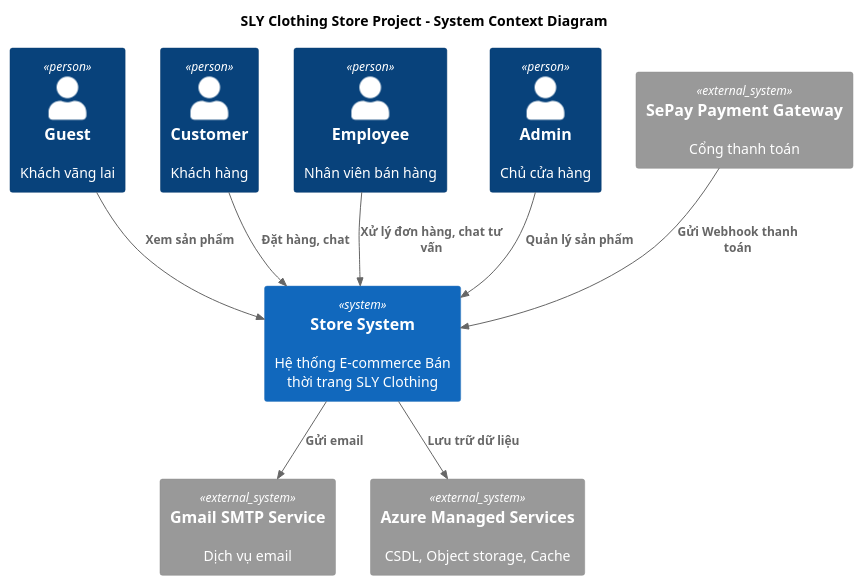
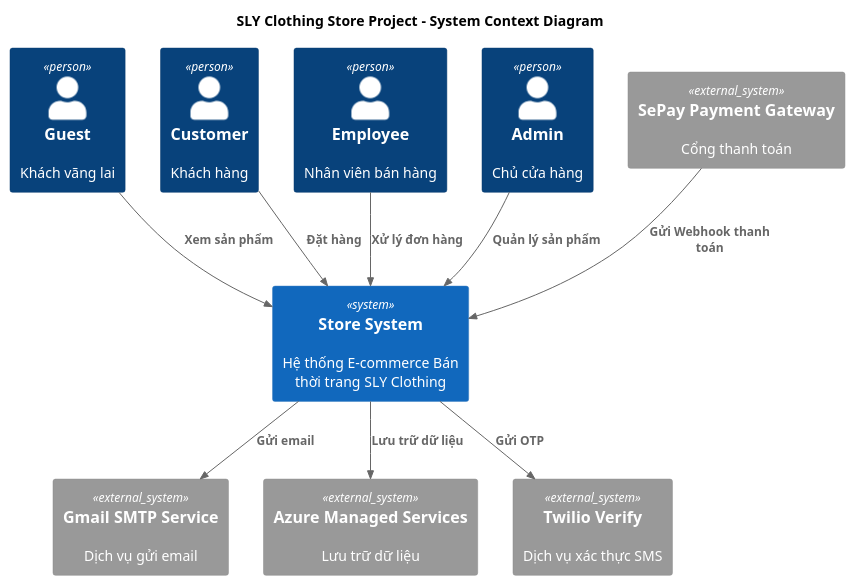
The diagram in docs/C4Model-System-Context.puml (ptus04/store-project), drawn with PlantUML before and after one commit. The commit also changed 5 other files, not shown here.

```diff
--- a/docs/C4Model-System-Context.puml
+++ b/docs/C4Model-System-Context.puml
@@ -1,21 +1,23 @@
 @startuml
 !include <C4/C4_Container>
 title SLY Clothing Store Project - System Context Diagram
 Person(guest, "Guest", "Khách vãng lai")
 Person(customer, "Customer", "Khách hàng")
 Person(employee, "Employee", "Nhân viên bán hàng")
 Person(admin, "Admin", "Chủ cửa hàng")
 
 System(storeSystem, "Store System", "Hệ thống E-commerce Bán thời trang SLY Clothing")
 System_Ext(sepay, "SePay Payment Gateway", "Cổng thanh toán")
-System_Ext(gmail, "Gmail SMTP Service", "Dịch vụ email")
-System_Ext(azure, "Azure Managed Services", "CSDL, Object storage, Cache")
+System_Ext(gmail, "Gmail SMTP Service", "Dịch vụ gửi email")
+System_Ext(azure, "Azure Managed Services", "Lưu trữ dữ liệu")
+System_Ext(twilio, "Twilio Verify", "Dịch vụ xác thực SMS")
 
 Rel(guest, storeSystem, "Xem sản phẩm")
-Rel(customer, storeSystem, "Đặt hàng, chat")
-Rel(employee, storeSystem, "Xử lý đơn hàng, chat tư vấn")
+Rel(customer, storeSystem, "Đặt hàng")
+Rel(employee, storeSystem, "Xử lý đơn hàng")
 Rel(admin, storeSystem, "Quản lý sản phẩm")
+Rel(sepay, storeSystem, "Gửi Webhook thanh toán")
+Rel(storeSystem, gmail, "Gửi email")
 Rel(storeSystem, azure, "Lưu trữ dữ liệu")
-Rel(storeSystem, gmail, "Gửi email")
-Rel(sepay, storeSystem, "Gửi Webhook thanh toán")
+Rel(storeSystem, twilio, "Gửi OTP")
 @enduml
```
